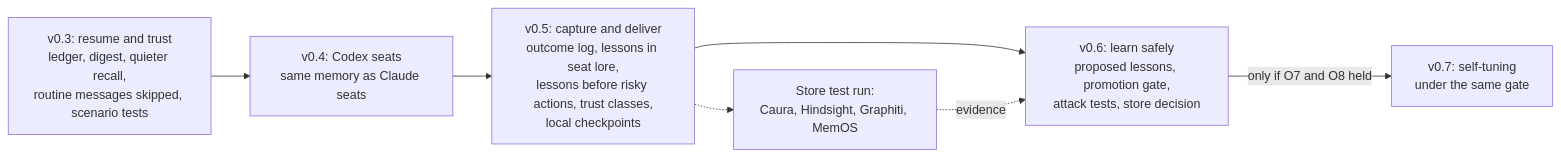
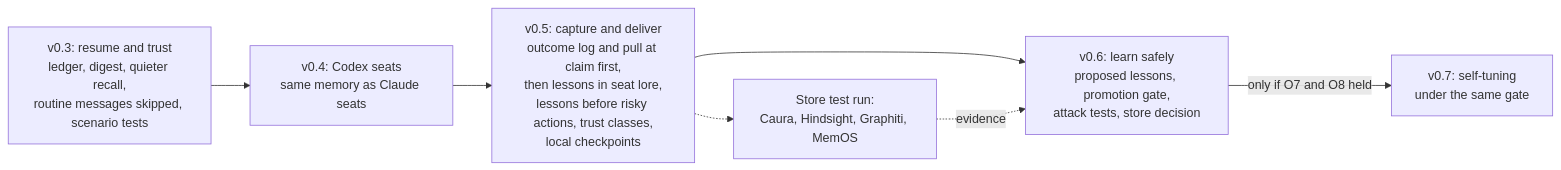
Before and after one commit to GravLabs/openrig-honcho: the fifth of 5 diagrams in docs/ARCHITECTURE.md, drawn with Mermaid. The commit also changed 32 other files, not shown here.

````diff
--- a/docs/ARCHITECTURE.md
+++ b/docs/ARCHITECTURE.md
@@ -142,13 +142,13 @@
 ```mermaid
 flowchart LR
   V3["v0.3: resume and trust<br/>ledger, digest, quieter recall,<br/>routine messages skipped, scenario tests"]
   V4["v0.4: Codex seats<br/>same memory as Claude seats"]
-  V5["v0.5: capture and deliver<br/>outcome log, lessons in seat lore,<br/>lessons before risky actions, trust classes,<br/>local checkpoints"]
+  V5["v0.5: capture and deliver<br/>outcome log and pull at claim first,<br/>then lessons in seat lore,<br/>lessons before risky actions, trust classes,<br/>local checkpoints"]
   V6["v0.6: learn safely<br/>proposed lessons, promotion gate,<br/>attack tests, store decision"]
   V7["v0.7: self-tuning<br/>under the same gate"]
   ST["Store test run:<br/>Caura, Hindsight, Graphiti, MemOS"]
   V3 --> V4 --> V5 --> V6
   V6 -- "only if O7 and O8 held" --> V7
   V5 -.-> ST
   ST -. "evidence" .-> V6
 ```
````
